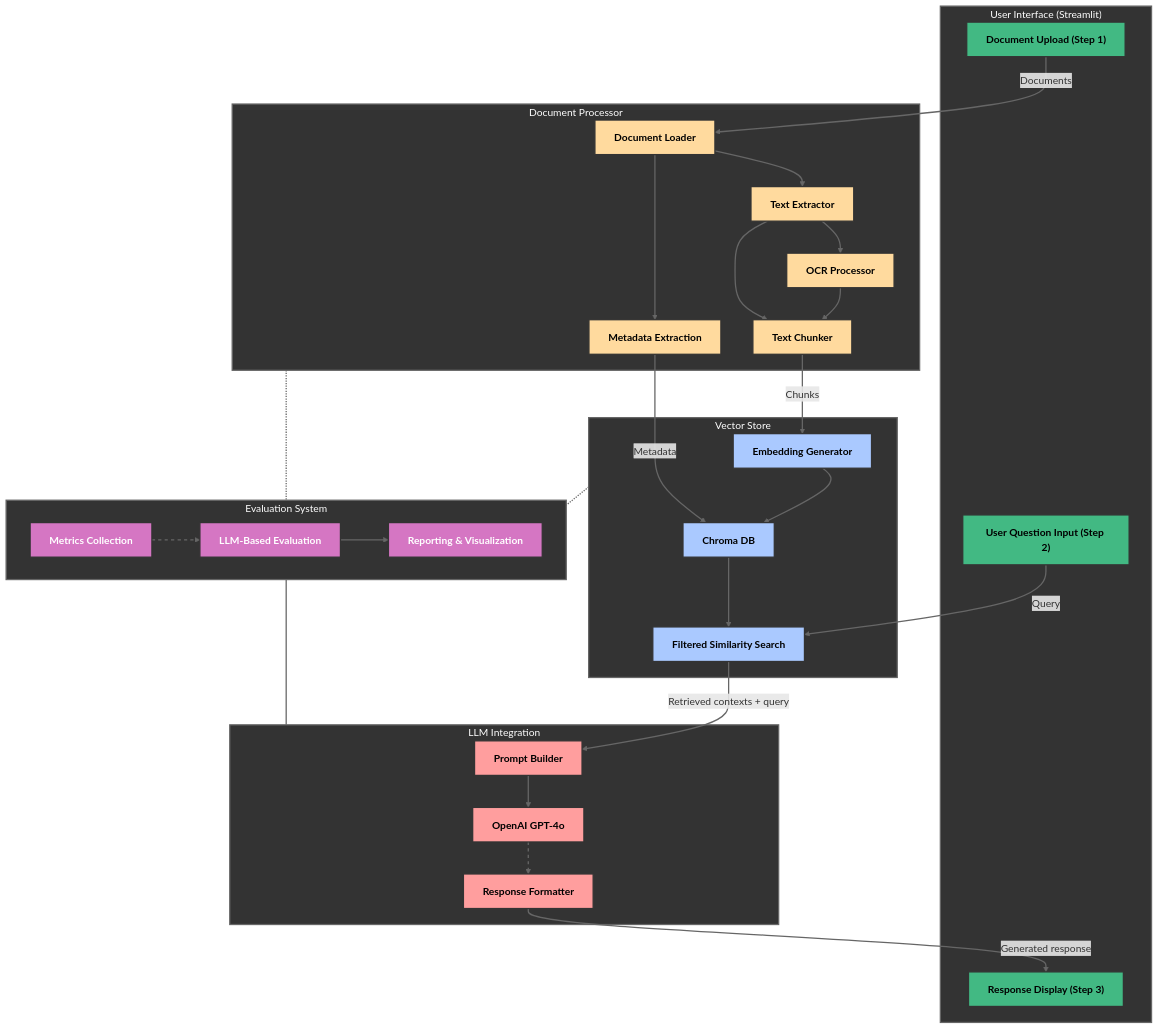
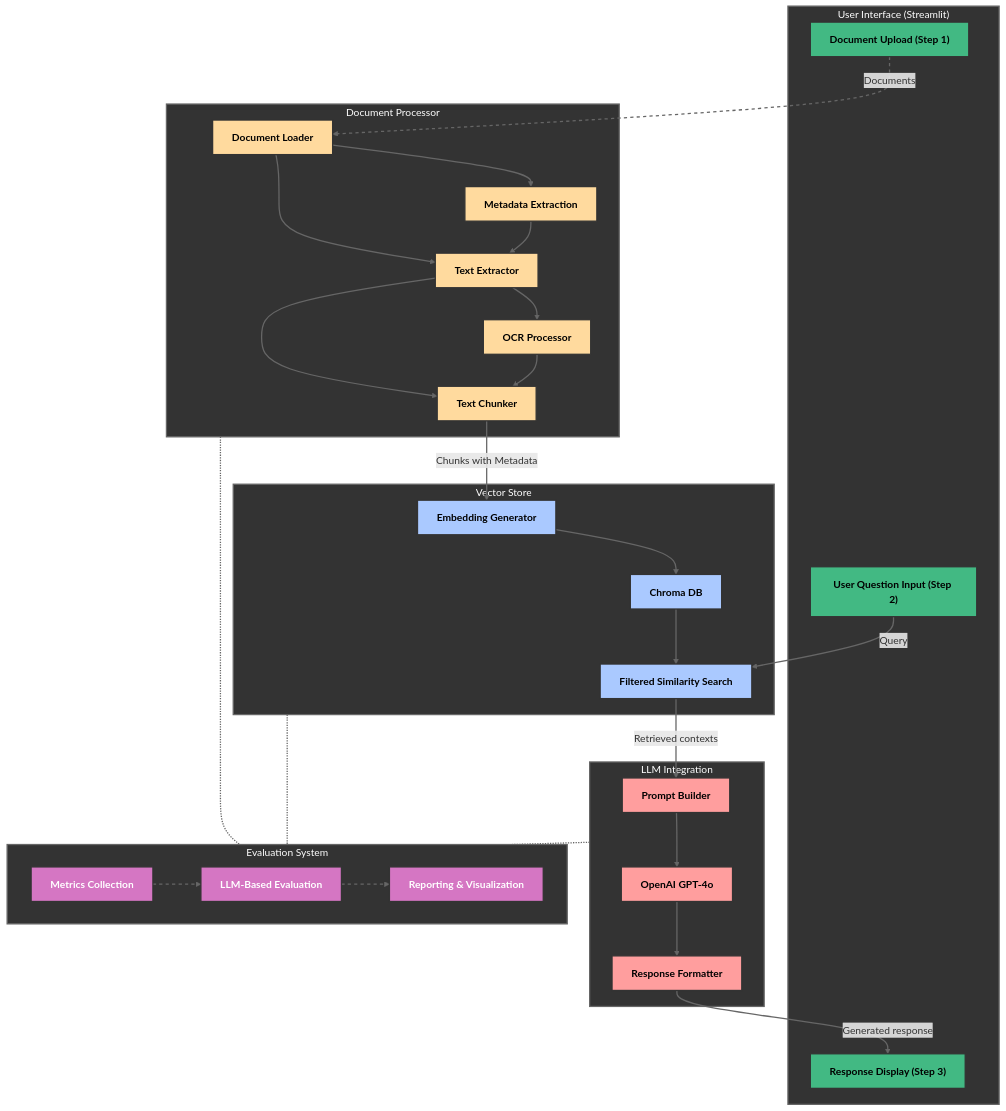
Before and after one commit to mdwaquarahmad/fortune500-rag: the diagram in README.md, drawn with Mermaid.

Commit message:
Documentation

````diff
--- a/README.md
+++ b/README.md
@@ -36,72 +36,72 @@
 ```mermaid
 flowchart TD
     %% User Interface Component
     subgraph UI["User Interface (Streamlit)"]
         style UI fill:#333333,stroke:#666666,stroke-width:2px,color:white
         A1["Document Upload (Step 1)"]
         A2["User Question Input (Step 2)"]
         A3["Response Display (Step 3)"]
     end
     
     %% Document Processor Component
     subgraph DP["Document Processor"]
         style DP fill:#333333,stroke:#666666,stroke-width:2px,color:white
         B1["Document Loader"] --> B2["Text Extractor"]
         B2 --> B3["OCR Processor"]
         B2 --> B4["Text Chunker"]
         B3 --> B4
         B1 --> B5["Metadata Extraction"]
+        B5 --> B2
     end
     
     %% Vector Store Component
     subgraph VS["Vector Store"]
         style VS fill:#333333,stroke:#666666,stroke-width:2px,color:white
-        C1["Embedding Generator"] ==> C2["Chroma DB"]
-        C2 ==> C3["Filtered Similarity Search"]
+        C1["Embedding Generator"] --> C2["Chroma DB"]
+        C2 --> C3["Filtered Similarity Search"]
     end
     
     %% LLM Integration Component
     subgraph LLM["LLM Integration"]
         style LLM fill:#333333,stroke:#666666,stroke-width:2px,color:white
-        D1["Prompt Builder"] ==> D2["OpenAI GPT-4o"]
+        D1["Prompt Builder"] --> D2["OpenAI GPT-4o"]
         D2 --> D3["Response Formatter"]
     end
     
     %% Evaluation System Component
     subgraph EVAL["Evaluation System"]
         style EVAL fill:#333333,stroke:#666666,stroke-width:2px,color:white
         E1["Metrics Collection"] --> E2["LLM-Based Evaluation"]
         E2 --> E3["Reporting & Visualization"]
     end
     
-    %% Main Data Flow Connections - Solid Lines
+    %% Main Data Flow Connections - All Solid Lines
     A1 -- "Documents" --> B1
-    B4 -- "Chunks" --> C1
-    B5 -- "Metadata" --> C2
+    B4 -- "Chunks with Metadata" --> C1
     A2 -- "Query" --> C3
-    C3 -- "Retrieved contexts + query" --> D1
+    C3 -- "Retrieved contexts" --> D1
     D3 -- "Generated response" --> A3
     
-    %% Evaluation System Connections - Now with horizontal line to LLM
-    EVAL --- LLM
+    %% Evaluation System Connections - Only These are Dotted Lines
     DP -.- EVAL
     VS -.- EVAL
+    LLM -.- EVAL
     
     %% Styling for specific components
     classDef uiComponents fill:#42b983,stroke:#333,stroke-width:2px,color:black,font-weight:bold
     classDef dpComponents fill:#ffda9e,stroke:#333,stroke-width:2px,color:black,font-weight:bold
     classDef vsComponents fill:#aac9ff,stroke:#333,stroke-width:2px,color:black,font-weight:bold
     classDef llmComponents fill:#ff9e9e,stroke:#333,stroke-width:2px,color:black,font-weight:bold
     classDef evalComponents fill:#d576c3,stroke:#333,stroke-width:2px,color:white,font-weight:bold
     
     %% Apply styles to components
     class A1,A2,A3 uiComponents
     class B1,B2,B3,B4,B5 dpComponents
     class C1,C2,C3 vsComponents
     class D1,D2,D3 llmComponents
     class E1,E2,E3 evalComponents
     
-    %% Link styling
+    %% Link styling - Main flow is solid, only evaluation connections are dotted
     linkStyle default stroke:#666,stroke-width:2px
-    linkStyle 8,9 stroke:#666,stroke-width:2px,stroke-dasharray:5 5
+    linkStyle 10,11,12 stroke:#666,stroke-width:2px,stroke-dasharray:5 5
 ```
````
